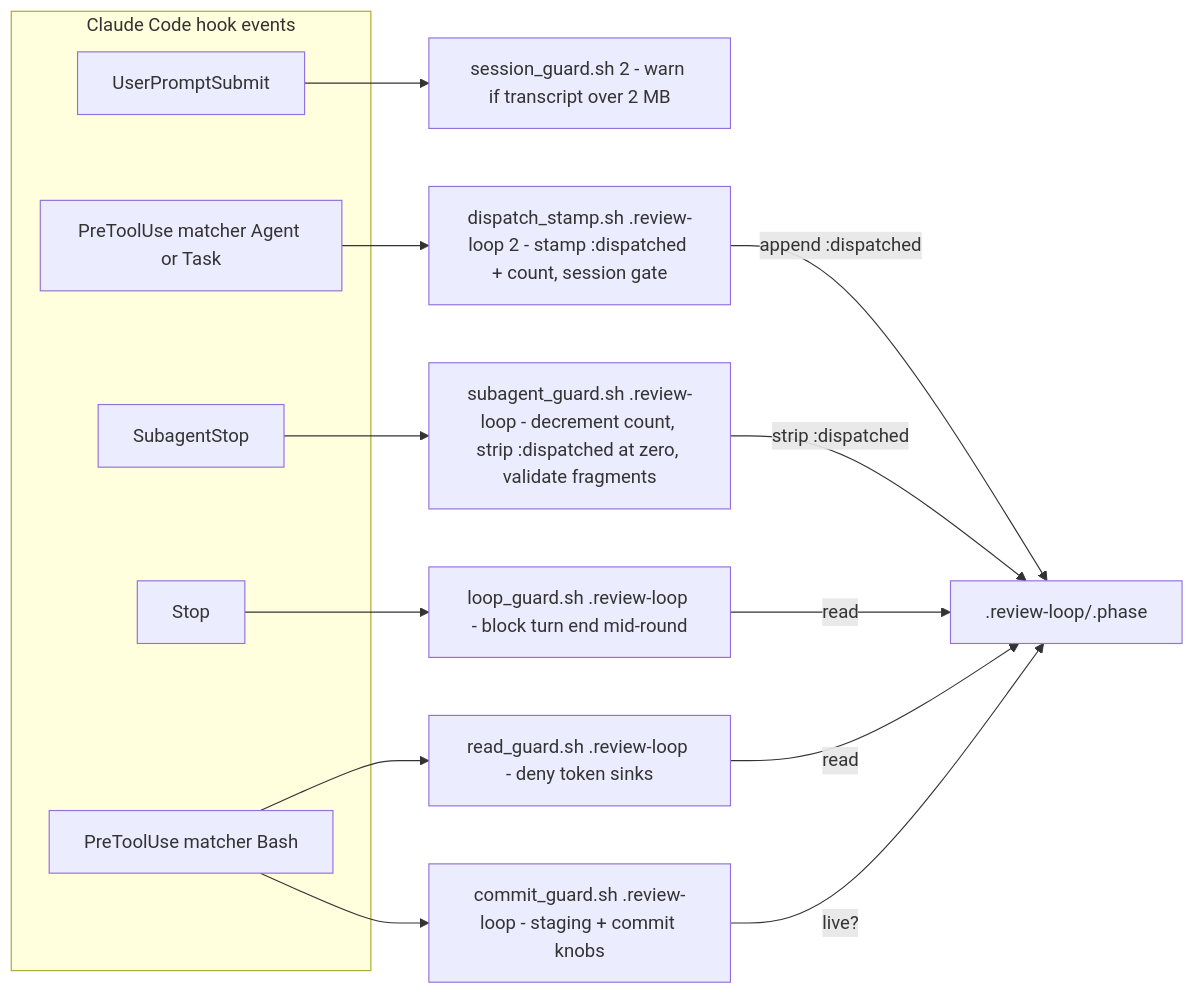
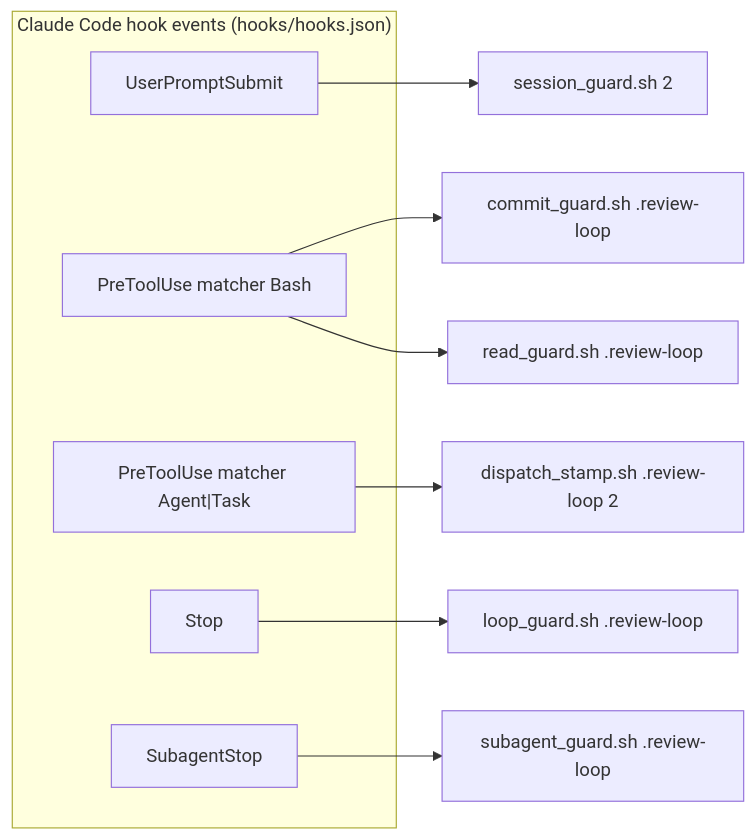
Before and after one commit to peterlit/quiller-claude-plugins: the third of 30 diagrams in docs/architecture/review-loop-tools.md, drawn with Mermaid. The commit also changed other lines of this file and 5 other files, not shown here.

````diff
--- a/docs/architecture/review-loop-tools.md
+++ b/docs/architecture/review-loop-tools.md
@@ -129,28 +189,22 @@
 ```mermaid
 flowchart LR
-    subgraph EVENTS["Claude Code hook events"]
+    subgraph EVENTS["Claude Code hook events (hooks/hooks.json)"]
         UPS["UserPromptSubmit"]
         PTB["PreToolUse matcher Bash"]
-        PTA["PreToolUse matcher Agent or Task"]
+        PTA["PreToolUse matcher Agent|Task"]
         STOP["Stop"]
         SSTOP["SubagentStop"]
     end
-    SG["session_guard.sh 2 - warn if transcript over 2 MB"]
-    CG["commit_guard.sh .review-loop - staging + commit knobs"]
-    RG["read_guard.sh .review-loop - deny token sinks"]
-    DS["dispatch_stamp.sh .review-loop 2 - stamp :dispatched + count, session gate"]
-    LG["loop_guard.sh .review-loop - block turn end mid-round"]
-    SUB["subagent_guard.sh .review-loop - decrement count, strip :dispatched at zero, validate fragments"]
-    PH[".review-loop/.phase"]
+    SG["session_guard.sh 2"]
+    CG["commit_guard.sh .review-loop"]
+    RG["read_guard.sh .review-loop"]
+    DS["dispatch_stamp.sh .review-loop 2"]
+    LG["loop_guard.sh .review-loop"]
+    SUB["subagent_guard.sh .review-loop"]
     UPS --> SG
     PTB --> CG
     PTB --> RG
     PTA --> DS
     STOP --> LG
     SSTOP --> SUB
-    DS -->|"append :dispatched"| PH
-    SUB -->|"strip :dispatched"| PH
-    LG -->|"read"| PH
-    RG -->|"read"| PH
-    CG -->|"live?"| PH
 ```
````
